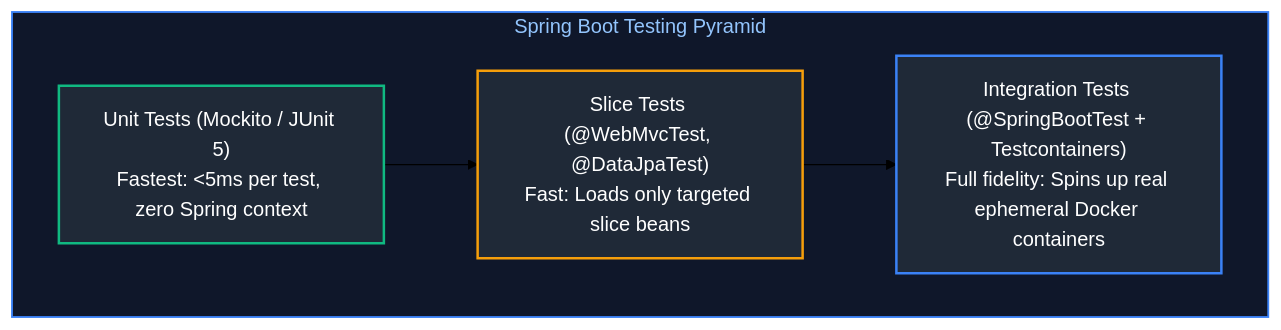
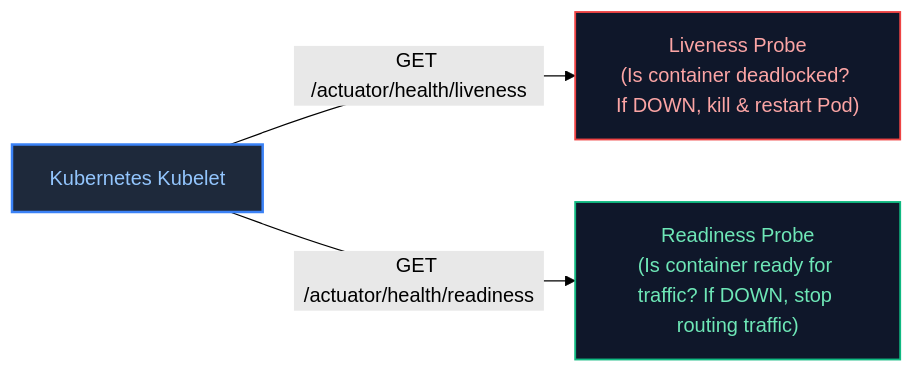
One commit to joydeep-biswas/Interview-Preparation changed diagram 19 of 19 in Java Backend Engineering/07_spring_framework_spring_boot.md. Above: the diagram before and after it, drawn with Mermaid (forest theme). The commit also changed other lines of this file and 143 other files, not shown here.

````diff
--- a/Java Backend Engineering/07_spring_framework_spring_boot.md
+++ b/Java Backend Engineering/07_spring_framework_spring_boot.md
@@ -857,15 +1532,10 @@
 ```mermaid
-flowchart TD
-    subgraph TestingPyramid ["Spring Boot Testing Pyramid"]
-        Unit["Unit Tests (Mockito / JUnit 5)<br/>Fastest: &lt;5ms per test, zero Spring context"]
-        Slice["Slice Tests (@WebMvcTest, @DataJpaTest)<br/>Fast: Loads only targeted slice beans"]
-        Integration["Integration Tests (@SpringBootTest + Testcontainers)<br/>Full fidelity: Spins up real ephemeral Docker containers"]
+flowchart LR
+    K8s["Kubernetes Kubelet"]
+    -->|"GET /actuator/health/liveness"| Liveness["Liveness Probe<br/>(Is container deadlocked? If DOWN, kill & restart Pod)"]
+    K8s -->|"GET /actuator/health/readiness"| Readiness["Readiness Probe<br/>(Is container ready for traffic? If DOWN, stop routing traffic)"]
 
-        Unit --> Slice --> Integration
-    end
-
-    style TestingPyramid fill:#0f172a,stroke:#3b82f6,stroke-width:1.5px,color:#93c5fd
-    style Unit fill:#1f2937,stroke:#10b981,stroke-width:2px,color:#fff
-    style Slice fill:#1f2937,stroke:#f59e0b,stroke-width:2px,color:#fff
-    style Integration fill:#1f2937,stroke:#3b82f6,stroke-width:2px,color:#fff
+    style K8s fill:#1e293b,stroke:#3b82f6,stroke-width:2px,color:#93c5fd
+    style Liveness fill:#0f172a,stroke:#ef4444,stroke-width:1.5px,color:#fca5a5
+    style Readiness fill:#0f172a,stroke:#10b981,stroke-width:1.5px,color:#6ee7b7
 ```
````
